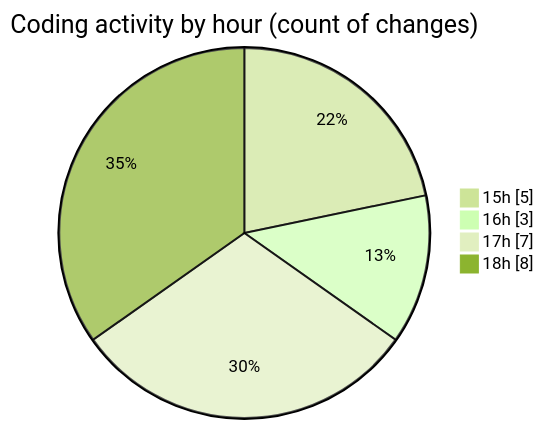
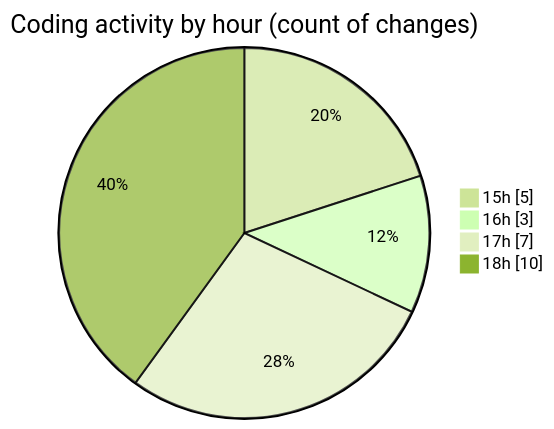
Before and after one commit to nxtqubesakshisongat/code-tracking: the second of 2 diagrams in 2026-04-24/nxtqube_webapp/README.md, drawn with Mermaid (forest theme). The commit also changed other lines of this file and 1 other file, not shown here.

````diff
--- a/2026-04-24/nxtqube_webapp/README.md
+++ b/2026-04-24/nxtqube_webapp/README.md
@@ -33,8 +33,8 @@
 ```mermaid
 pie showData
 title Coding activity by hour (count of changes)
 "15h" : 5
 "16h" : 3
 "17h" : 7
-"18h" : 8
+"18h" : 10
 ```
````
